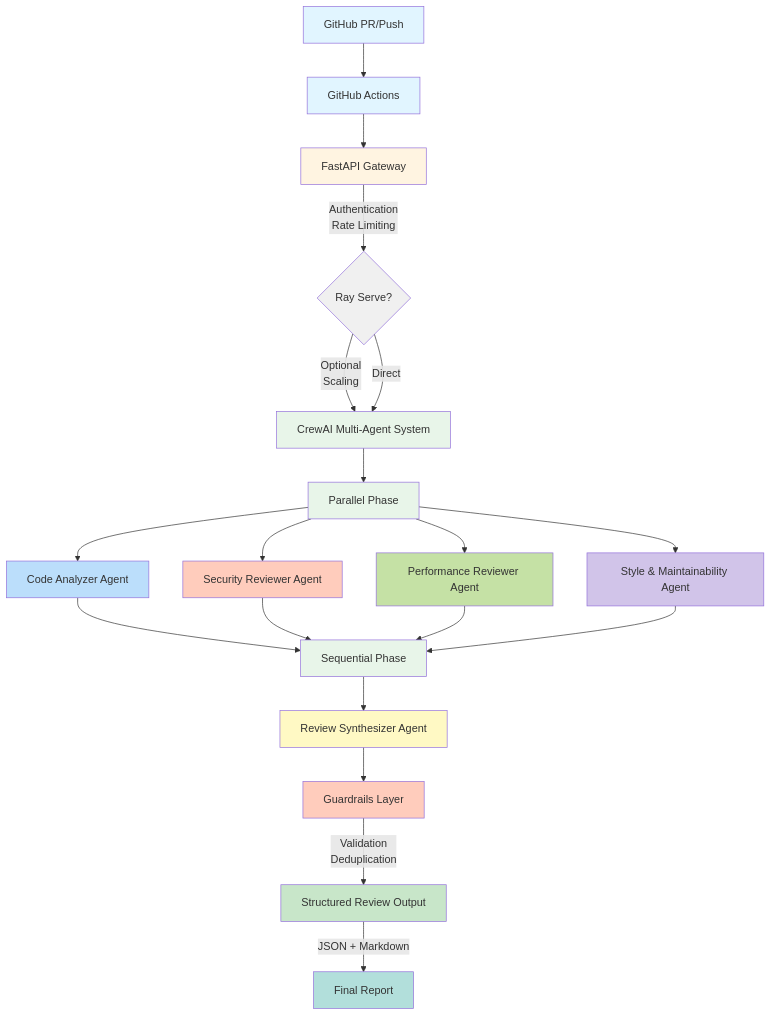
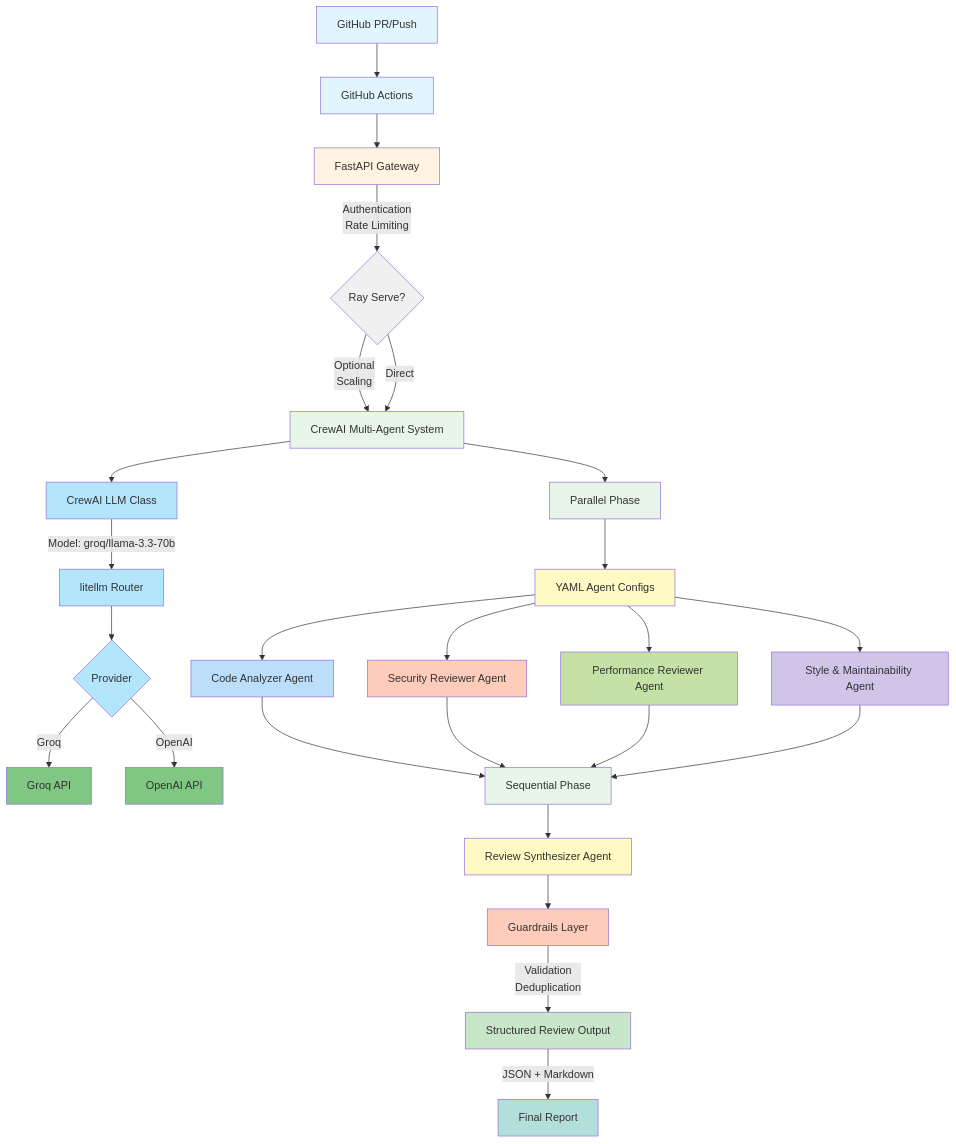
One commit to suryanshp1/code-reviewer-agent changed the diagram in README.md. Above: the diagram before and after it, drawn with Mermaid. The commit also changed other lines of this file and 1 other file, not shown here.

Commit message:
feat: Externalize agent configurations to YAML files and integrate litellm for multi-provider LLM support, updating documentation.

````diff
--- a/README.md
+++ b/README.md
@@ -34,40 +34,53 @@
 ```mermaid
 flowchart TD
     A[GitHub PR/Push] --> B[GitHub Actions]
     B --> C[FastAPI Gateway]
     C -->|Authentication<br/>Rate Limiting| D{Ray Serve?}
     D -->|Optional<br/>Scaling| E[CrewAI Multi-Agent System]
     D -->|Direct| E
     
+    E --> E1[CrewAI LLM Class]
+    E1 -->|Model: groq/llama-3.3-70b| L1[litellm Router]
+    L1 --> L2{Provider}
+    L2 -->|Groq| G[Groq API]
+    L2 -->|OpenAI| O[OpenAI API]
+    
     E --> F[Parallel Phase]
-    F --> G1[Code Analyzer Agent]
-    F --> G2[Security Reviewer Agent]
-    F --> G3[Performance Reviewer Agent]
-    F --> G4[Style & Maintainability Agent]
+    F --> AG[YAML Agent Configs]
+    AG --> G1[Code Analyzer Agent]
+    AG --> G2[Security Reviewer Agent]
+    AG --> G3[Performance Reviewer Agent]
+    AG --> G4[Style & Maintainability Agent]
     
     G1 --> H[Sequential Phase]
     G2 --> H
     G3 --> H
     G4 --> H
     
     H --> I[Review Synthesizer Agent]
     I --> J[Guardrails Layer]
     J -->|Validation<br/>Deduplication| K[Structured Review Output]
-    K -->|JSON + Markdown| L[Final Report]
+    K -->|JSON + Markdown| M[Final Report]
     
     style A fill:#e1f5ff
     style B fill:#e1f5ff
     style C fill:#fff4e1
     style D fill:#f0f0f0
     style E fill:#e8f5e9
+    style E1 fill:#b3e5fc
+    style L1 fill:#b3e5fc
+    style L2 fill:#b3e5fc
+    style G fill:#81c784
+    style O fill:#81c784
     style F fill:#e8f5e9
+    style AG fill:#fff9c4
     style G1 fill:#bbdefb
     style G2 fill:#ffccbc
     style G3 fill:#c5e1a5
     style G4 fill:#d1c4e9
     style H fill:#e8f5e9
     style I fill:#fff9c4
     style J fill:#ffccbc
     style K fill:#c8e6c9
-    style L fill:#b2dfdb
+    style M fill:#b2dfdb
 ```
````
